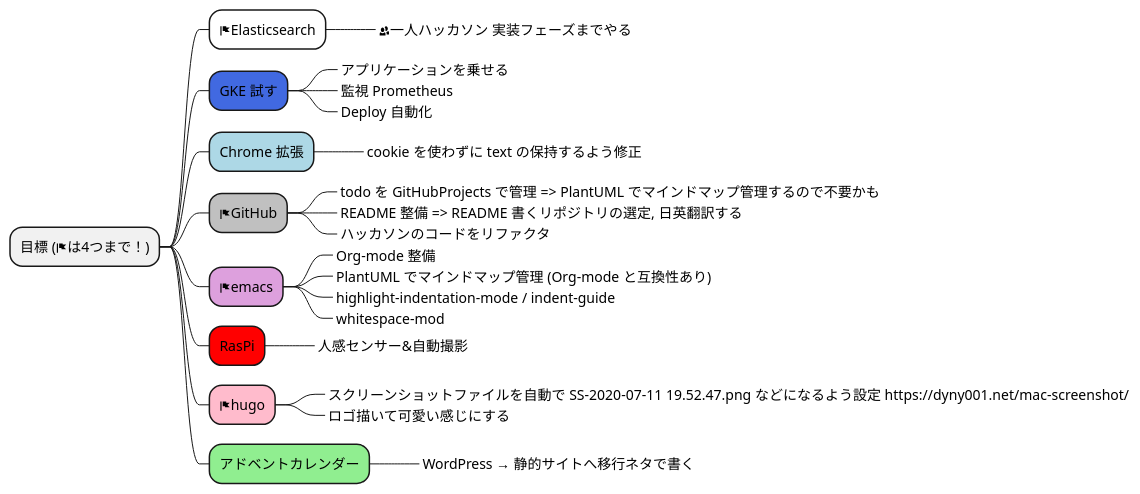
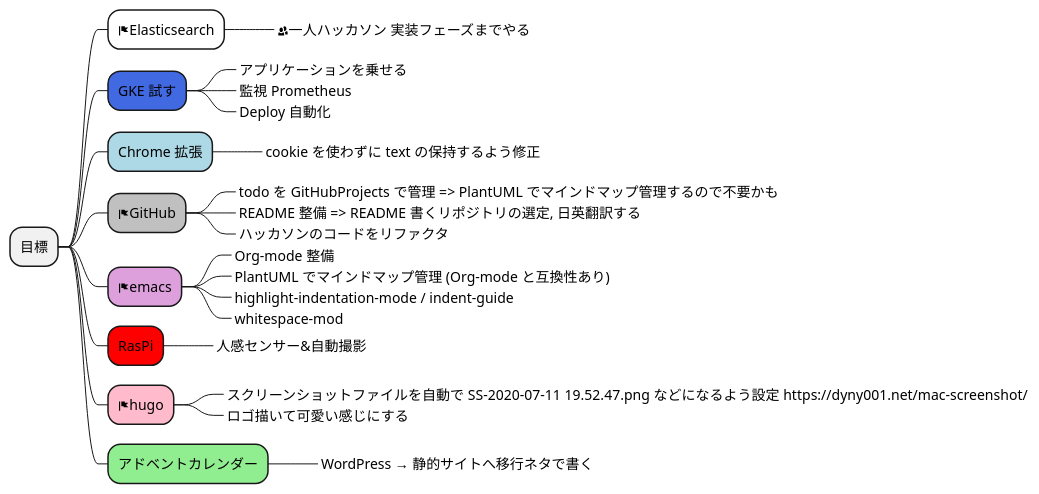
Before and after one commit to Ishizuka427/MindMap: the diagram in test.puml, drawn with PlantUML.

```diff
--- a/test.puml
+++ b/test.puml
@@ -1,27 +1,27 @@
 @startmindmap
-* 目標 (<&flag>は4つまで！)
+* 目標
 **[#white] <&flag>Elasticsearch
 ***_ <&people>一人ハッカソン 実装フェーズまでやる
 **[#royalblue] GKE 試す
 ***_ アプリケーションを乗せる
 ***_ 監視 Prometheus
 ***_ Deploy 自動化 
 **[#lightblue] Chrome 拡張
 ***_ cookie を使わずに text の保持するよう修正
 **[#silver] <&flag>GitHub
 ***_ todo を GitHubProjects で管理 => PlantUML でマインドマップ管理するので不要かも
 ***_ README 整備 => README 書くリポジトリの選定, 日英翻訳する
 ***_ ハッカソンのコードをリファクタ
 **[#plum] <&flag>emacs
 ***_ Org-mode 整備
 ***_ PlantUML でマインドマップ管理 (Org-mode と互換性あり)
 ***_ highlight-indentation-mode / indent-guide
 ***_ whitespace-mod
 **[#red] RasPi
 ***_ 人感センサー&自動撮影
 **[#FFBBCC] <&flag>hugo
 ***_ スクリーンショットファイルを自動で SS-2020-07-11 19.52.47.png などになるよう設定 https://dyny001.net/mac-screenshot/
 ***_ ロゴ描いて可愛い感じにする
 **[#lightgreen] アドベントカレンダー
 ***_ WordPress → 静的サイトへ移行ネタで書く
 @endmindmap
```
